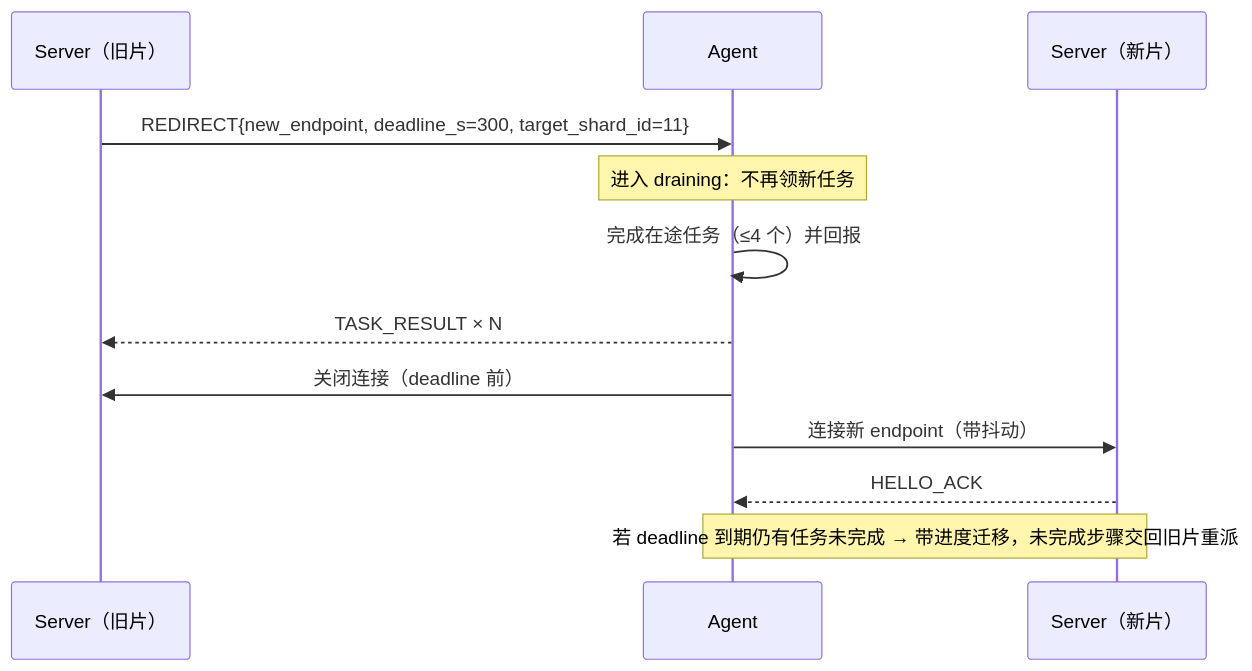
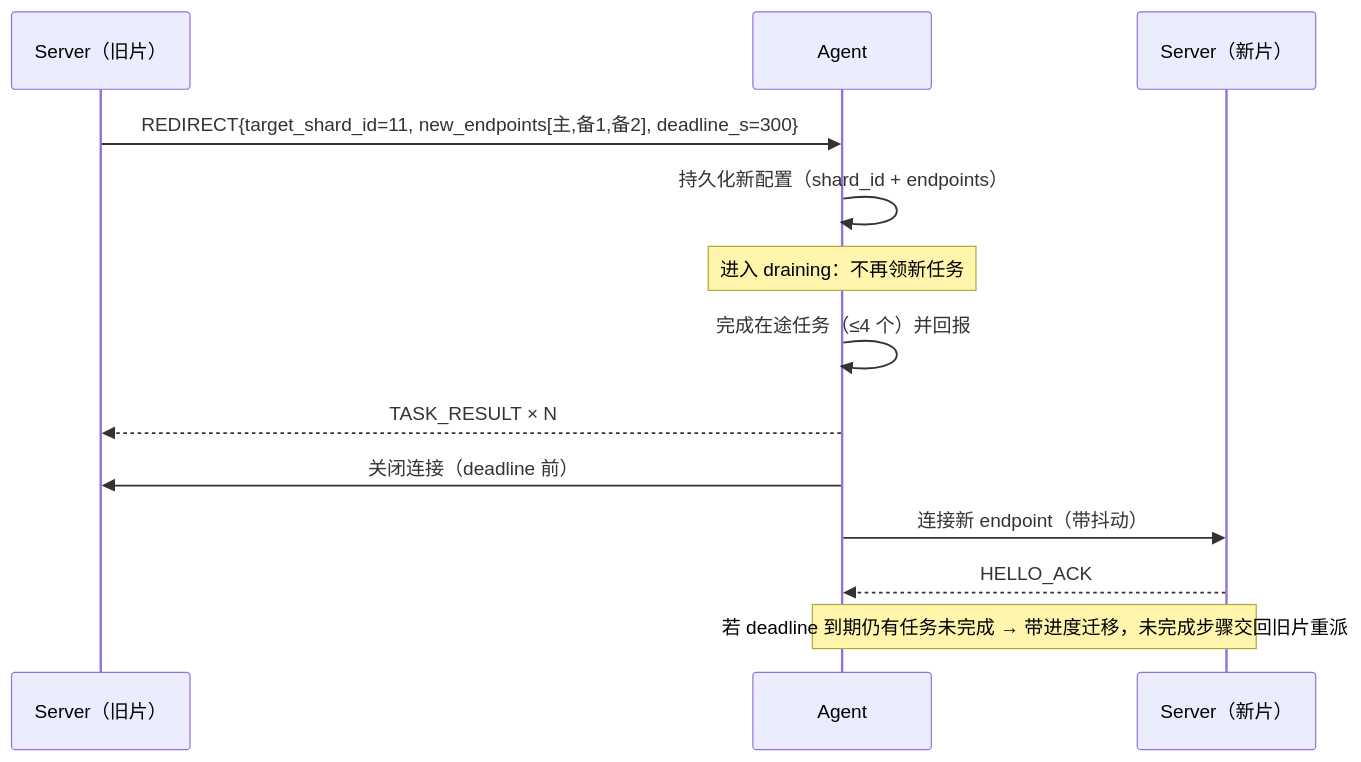
Before and after one commit to lnsyyj/winter: the third of 3 diagrams in docs/02-研发线/03-开发工程师/Agent-Server通信协议.md, drawn with Mermaid. The commit also changed other lines of this file and 2 other files, not shown here.

Commit message:
docs(arch): 补「100k 分片怎么部署」的物理视角（图册 §1.3）
- 用户反馈 §1.1 看不懂「怎么实现、怎么部署」——原图只画逻辑关系，容易被误读成「把 Server 切开」
- 澄清：**一片 = 一整套小平台**（2 台管理机：Server A/B + PG 主从 + VIP），20 片就是 20 套独立部署，
  片之间没有任何运行时依赖
- 新增 §1.3：物理视角图、三步上线（规划分片表 → 每片一套 inventory → Agent 写 shard_id/endpoints）、
  group_vars 示例、扩容与迁移做法、以及必须认的代价（40 台机器 / 20 套 PG / 20 个控制台）
- 顺带修正协议：`REDIRECT` 原来只能带一个 new_endpoint，扩容改归属时不够用，
  改为 `target_shard_id + new_endpoints[]`，并要求 Agent **先持久化新配置再断开**（否则重启回到旧片）
- 部署方案补一行实际成本：40 台 4C/8G ≈160C/320G，是「用机器数量换掉单点规模上限」
- 验证：两份文档 mermaid 结构正常；410 个相对链接有效
- 回滚：git revert <this>

````diff
--- a/docs/02-研发线/03-开发工程师/Agent-Server通信协议.md
+++ b/docs/02-研发线/03-开发工程师/Agent-Server通信协议.md
@@ -136,15 +136,16 @@
 ```mermaid
 sequenceDiagram
     participant S as Server（旧片）
     participant A as Agent
     participant N as Server（新片）
 
-    S->>A: REDIRECT{new_endpoint, deadline_s=300, target_shard_id=11}
+    S->>A: REDIRECT{target_shard_id=11, new_endpoints[主,备1,备2], deadline_s=300}
+    A->>A: 持久化新配置（shard_id + endpoints）
     Note over A: 进入 draining：不再领新任务
     A->>A: 完成在途任务（≤4 个）并回报
     A-->>S: TASK_RESULT × N
     A->>S: 关闭连接（deadline 前）
     A->>N: 连接新 endpoint（带抖动）
     N-->>A: HELLO_ACK
     Note over A,N: 若 deadline 到期仍有任务未完成 → 带进度迁移，未完成步骤交回旧片重派
 ```
````
